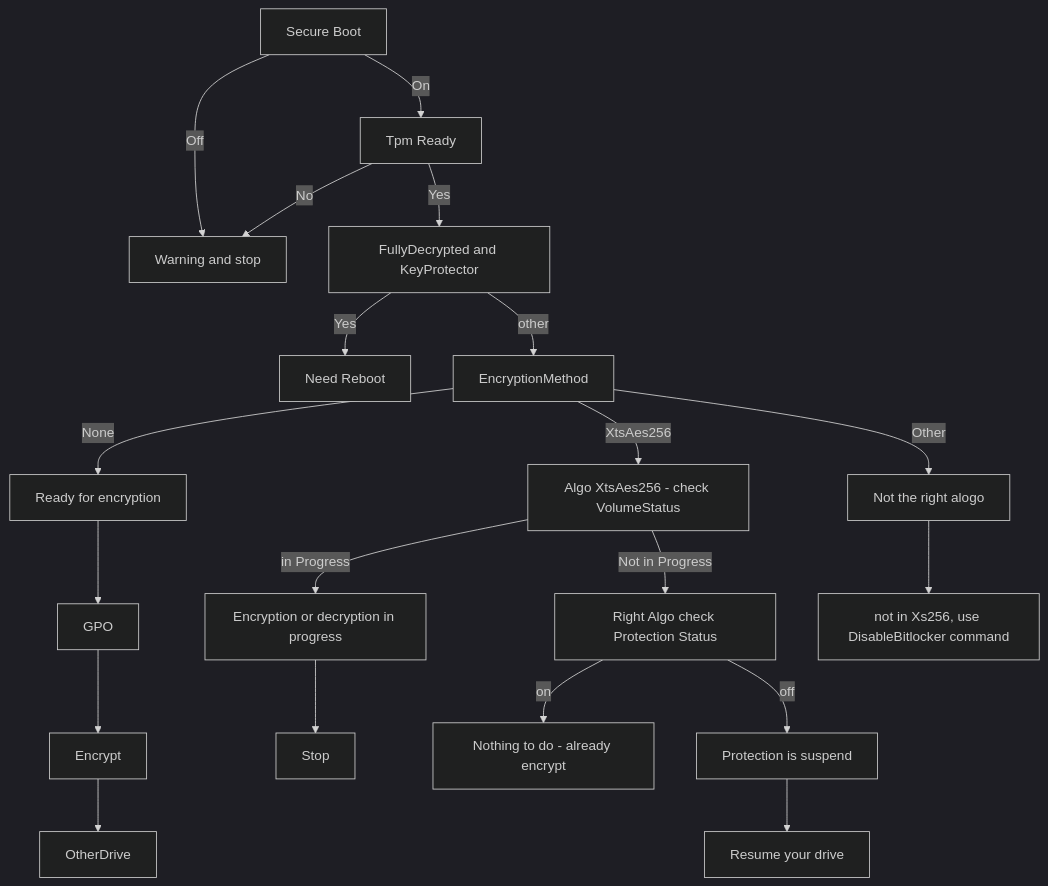
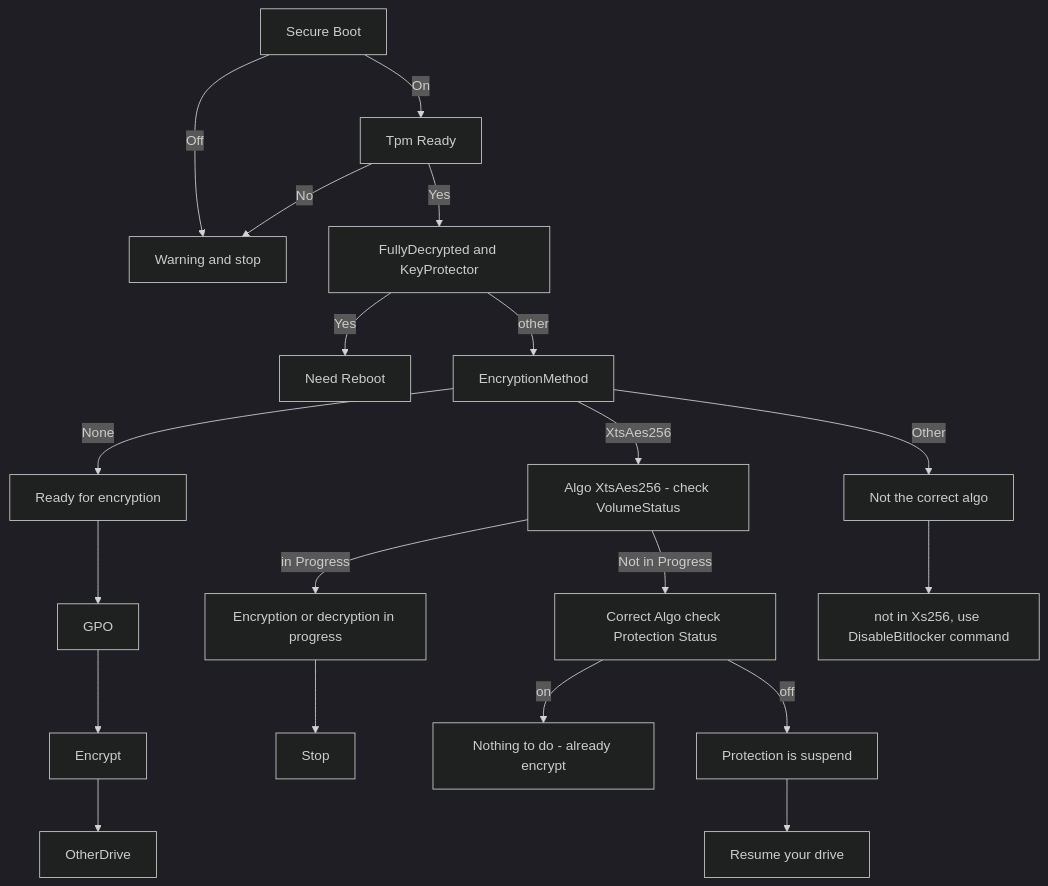
One commit to jl-oclinux/SecWinBatchMode changed the diagram in BitlockerAlgo.md. Above: the diagram before and after it, drawn with Mermaid (dark theme).

````diff
--- a/BitlockerAlgo.md
+++ b/BitlockerAlgo.md
@@ -3,19 +3,19 @@
 ```mermaid
 graph TD
    Node1[Secure Boot] -->|On| Node2
    Node1[Secure Boot] -->|Off| Node3[Warning and stop]
    Node2[Tpm Ready] --> |Yes|Node4
    Node2[Tpm Ready] --> |No|Node3
    Node4[FullyDecrypted and KeyProtector] --> |Yes|Reboot[Need Reboot]
    Node4[FullyDecrypted and KeyProtector] --> |other|Node5
    Node5[EncryptionMethod] --> |None| NodeNone
    Node5[EncryptionMethod] --> |XtsAes256| Node256
    Node5[EncryptionMethod] --> |Other| NodeOther
    NodeNone[Ready for encryption] --> gpo[GPO] --> encrypt[Encrypt] --> OtherDrive
    Node256[Algo XtsAes256 - check VolumeStatus] --> |in Progress| InProgress[Encryption or decryption in progress] --> Stop
    Node256[Algo XtsAes256 - check VolumeStatus] --> |Not in Progress| NotProgress
-   NotProgress[Right Algo check Protection Status] --> |on| nothing[Nothing to do - already encrypt]
-   NotProgress[Right Algo check Protection Status] --> |off| suspend[Protection is suspend] --> resume[Resume your drive]
-   NodeOther[Not the right alogo] --> Not256[not in Xs256, use DisableBitlocker command]
+   NotProgress[Correct Algo check Protection Status] --> |on| nothing[Nothing to do - already encrypt]
+   NotProgress[Correct Algo check Protection Status] --> |off| suspend[Protection is suspend] --> resume[Resume your drive]
+   NodeOther[Not the correct algo] --> Not256[not in Xs256, use DisableBitlocker command]
 
   ``` 
````
